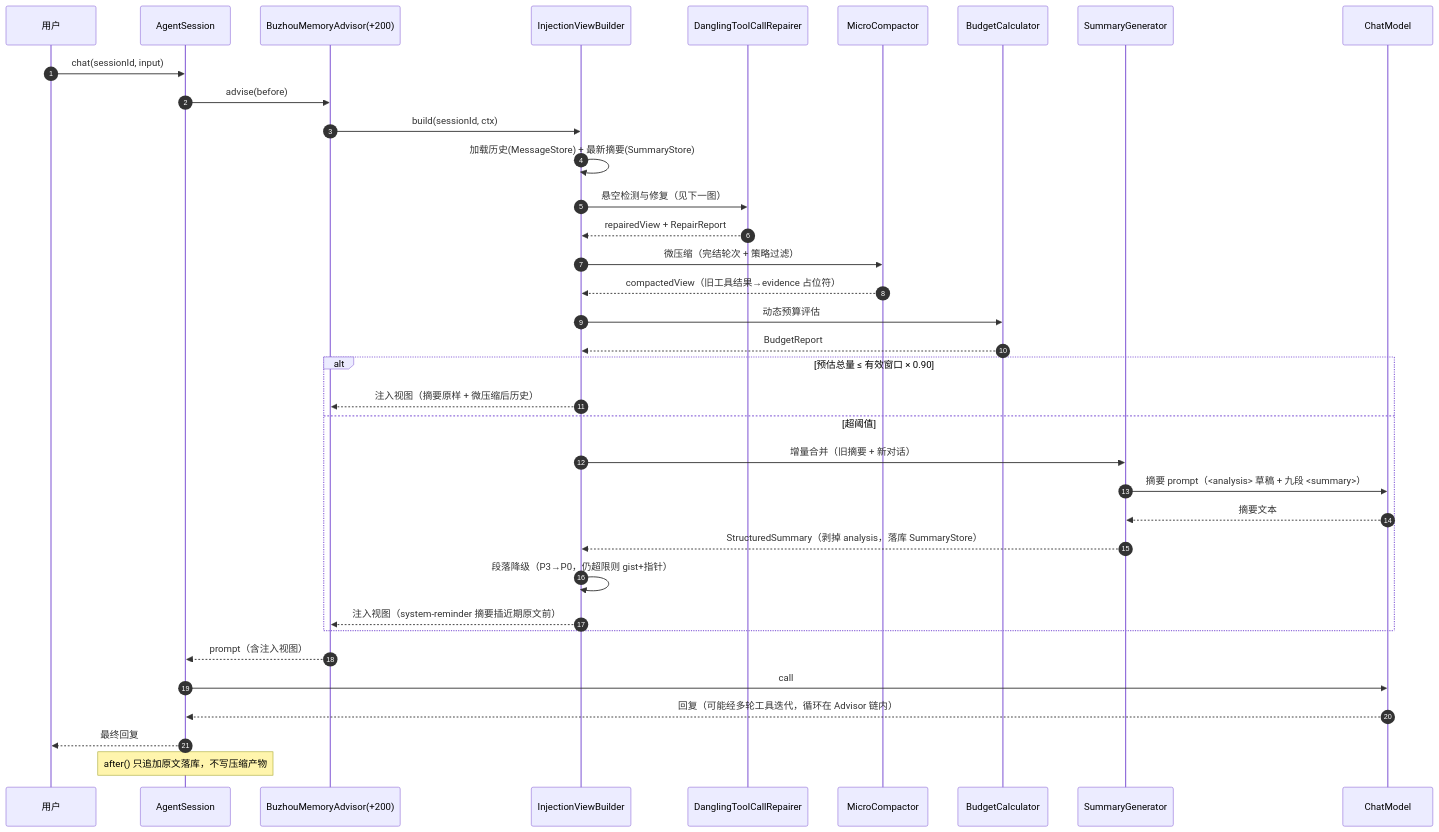
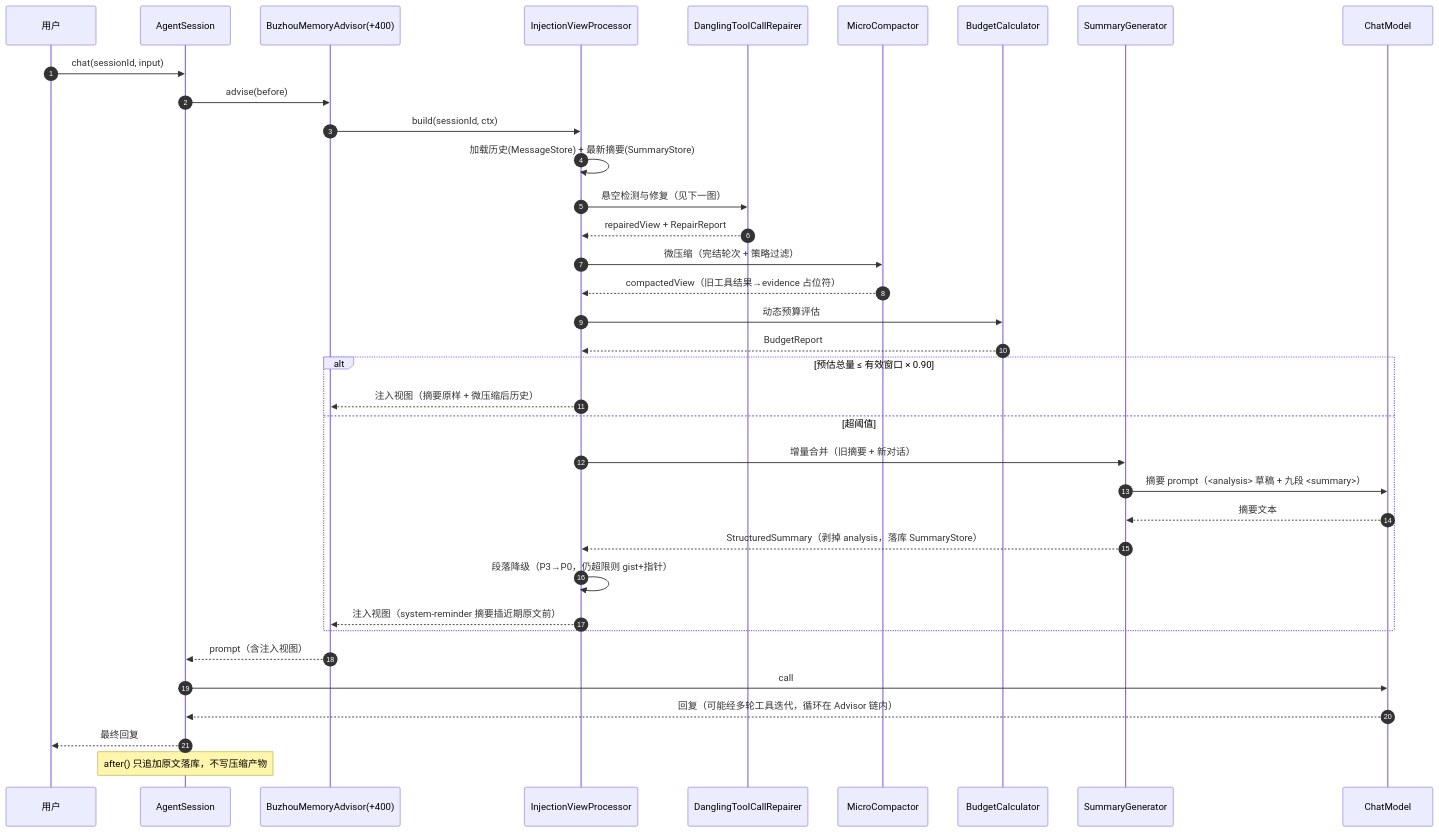
One commit to chyuan-cuihongyuan/spring-ai-mount-buzhou changed the first of 3 diagrams in docs/spec/01-memory-compaction.md. Above: the diagram before and after it, drawn with Mermaid. The commit also changed other lines of this file and 477 other files, not shown here.

````diff
--- a/docs/spec/01-memory-compaction.md
+++ b/docs/spec/01-memory-compaction.md
@@ -331,39 +331,39 @@
 ```mermaid
 sequenceDiagram
     autonumber
     participant U as 用户
     participant S as AgentSession
-    participant MA as BuzhouMemoryAdvisor(+200)
-    participant VB as InjectionViewBuilder
+    participant MA as BuzhouMemoryAdvisor(+400)
+    participant VB as InjectionViewProcessor
     participant RP as DanglingToolCallRepairer
     participant MC as MicroCompactor
     participant BC as BudgetCalculator
     participant SG as SummaryGenerator
     participant LLM as ChatModel
 
     U->>S: chat(sessionId, input)
     S->>MA: advise(before)
     MA->>VB: build(sessionId, ctx)
     VB->>VB: 加载历史(MessageStore) + 最新摘要(SummaryStore)
     VB->>RP: 悬空检测与修复（见下一图）
     RP-->>VB: repairedView + RepairReport
     VB->>MC: 微压缩（完结轮次 + 策略过滤）
     MC-->>VB: compactedView（旧工具结果→evidence 占位符）
     VB->>BC: 动态预算评估
     BC-->>VB: BudgetReport
     alt 预估总量 ≤ 有效窗口 × 0.90
         VB-->>MA: 注入视图（摘要原样 + 微压缩后历史）
     else 超阈值
         VB->>SG: 增量合并（旧摘要 + 新对话）
         SG->>LLM: 摘要 prompt（<analysis> 草稿 + 九段 <summary>）
         LLM-->>SG: 摘要文本
         SG-->>VB: StructuredSummary（剥掉 analysis，落库 SummaryStore）
         VB->>VB: 段落降级（P3→P0，仍超限则 gist+指针）
         VB-->>MA: 注入视图（system-reminder 摘要插近期原文前）
     end
     MA-->>S: prompt（含注入视图）
     S->>LLM: call
     LLM-->>S: 回复（可能经多轮工具迭代，循环在 Advisor 链内）
     S-->>U: 最终回复
     Note over S: after() 只追加原文落库，不写压缩产物
 ```
````
